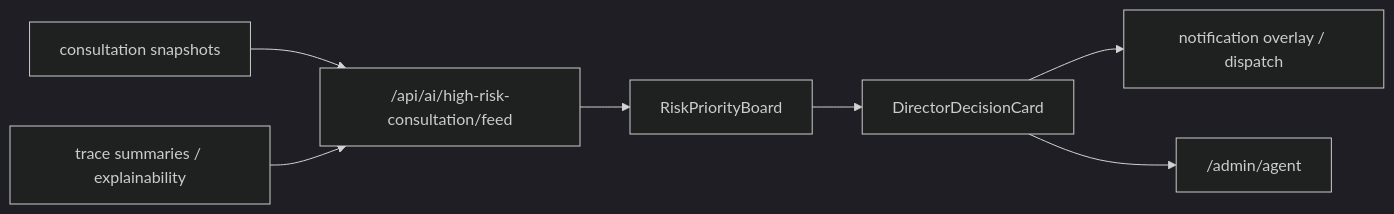
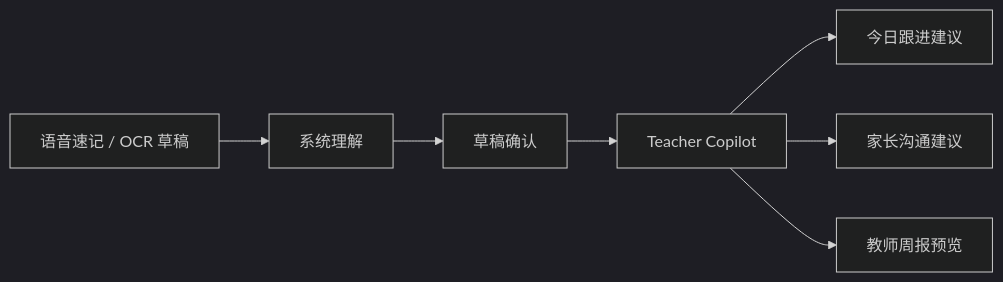
One commit to VictorMaxWang/smartchildcare-agent changed the third of 6 diagrams in README.md. Above: the diagram before and after it, drawn with Mermaid (dark theme). The commit also changed other lines of this file and 66 other files, not shown here.

````diff
--- a/README.md
+++ b/README.md
@@ -231,17 +108,9 @@
 ```mermaid
 flowchart LR
-  C1["consultation snapshots"]
-  C2["trace summaries / explainability"]
-  F1["/api/ai/high-risk-consultation/feed"]
-  B1["RiskPriorityBoard"]
-  B2["DirectorDecisionCard"]
-  N1["notification overlay / dispatch"]
-  A1["/admin/agent"]
-
-  C1 --> F1
-  C2 --> F1
-  F1 --> B1
-  B1 --> B2
-  B2 --> N1
-  B2 --> A1
+  A["语音速记 / OCR 草稿"] --> B["系统理解"]
+  B --> C["草稿确认"]
+  C --> D["Teacher Copilot"]
+  D --> E["今日跟进建议"]
+  D --> F["家长沟通建议"]
+  D --> G["教师周报预览"]
 ```
````
